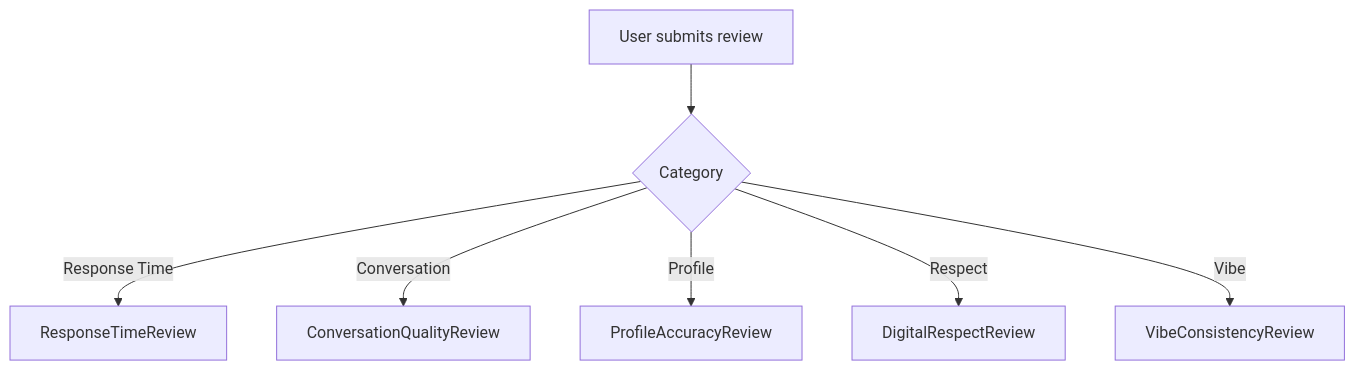
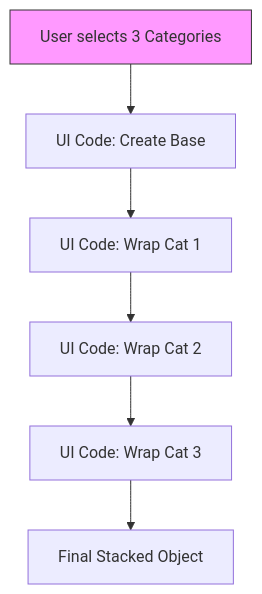
One commit to upvis-org/CMSC129_Activity2_DesignPatterns changed the first of 6 diagrams in README.md. Above: the diagram before and after it, drawn with Mermaid. The commit also changed other lines of this file, not shown here.

````diff
--- a/README.md
+++ b/README.md
@@ -41,9 +36,9 @@
 ```mermaid
 flowchart TD
-A[User submits review] --> B{Category}
-B -->|Response Time| C[ResponseTimeReview]
-B -->|Conversation| D[ConversationQualityReview]
-B -->|Profile| E[ProfileAccuracyReview]
-B -->|Respect| F[DigitalRespectReview]
-B -->|Vibe| G[VibeConsistencyReview]
+    A[User selects 3 Categories] --> B[UI Code: Create Base]
+    B --> C[UI Code: Wrap Cat 1]
+    C --> D[UI Code: Wrap Cat 2]
+    D --> E[UI Code: Wrap Cat 3]
+    E --> F[Final Stacked Object]
+    style A fill:#f9f,stroke:#333
 ```
````
